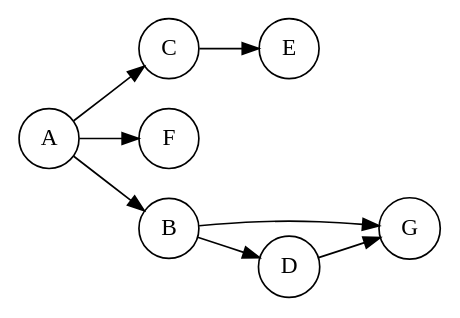
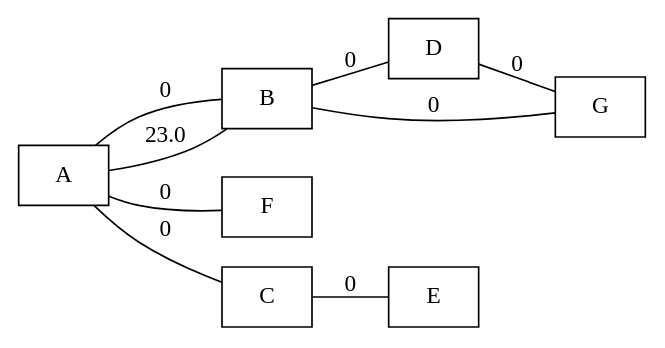
The diagram in test.gv (luisferuam/edyl-graph), drawn with Graphviz before and after one commit. The commit also changed 7 other files, not shown here.

Commit message:
Added support for weighted graphs

```diff
--- a/test.gv
+++ b/test.gv
@@ -1,19 +1,20 @@
-digraph {
+graph {
   rankdir=LR;
 
-  A[shape=circle]
-  G[shape=circle]
-  C[shape=circle]
-  E[shape=circle]
-  F[shape=circle]
-  B[shape=circle]
-  D[shape=circle]
+  B[shape=box]
+  D[shape=box]
+  F[shape=box]
+  E[shape=box]
+  C[shape=box]
+  G[shape=box]
+  A[shape=box]
 
-  A -> C
-  A -> B
-  A -> F
-  C -> E
-  B -> G
-  B -> D
-  D -> G
+  A -- B[label="0"]
+  A -- F[label="0"]
+  B -- G[label="0"]
+  C -- E[label="0"]
+  B -- D[label="0"]
+  D -- G[label="0"]
+  A -- C[label="0"]
+  A -- B[label="23.0"]
 }
```
